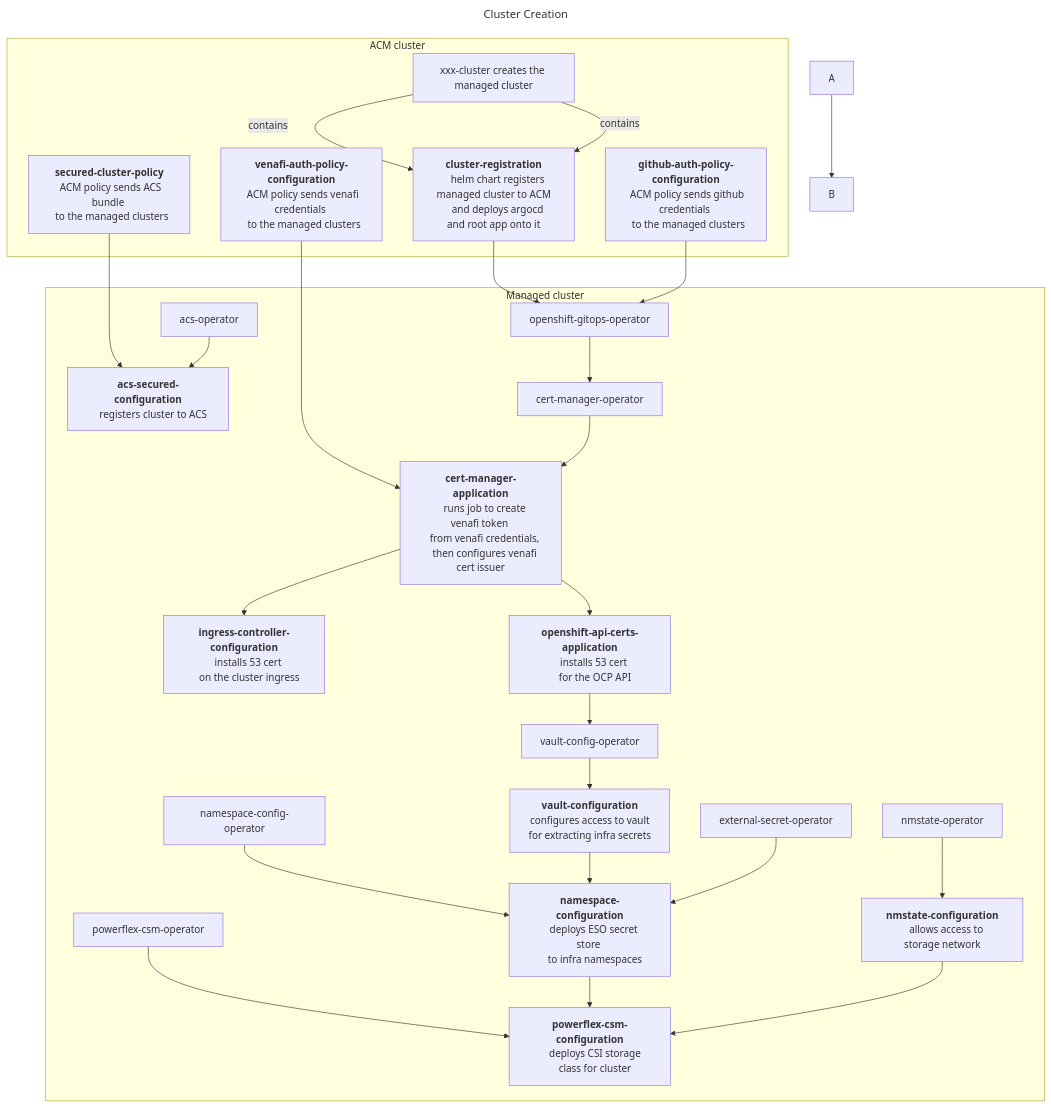
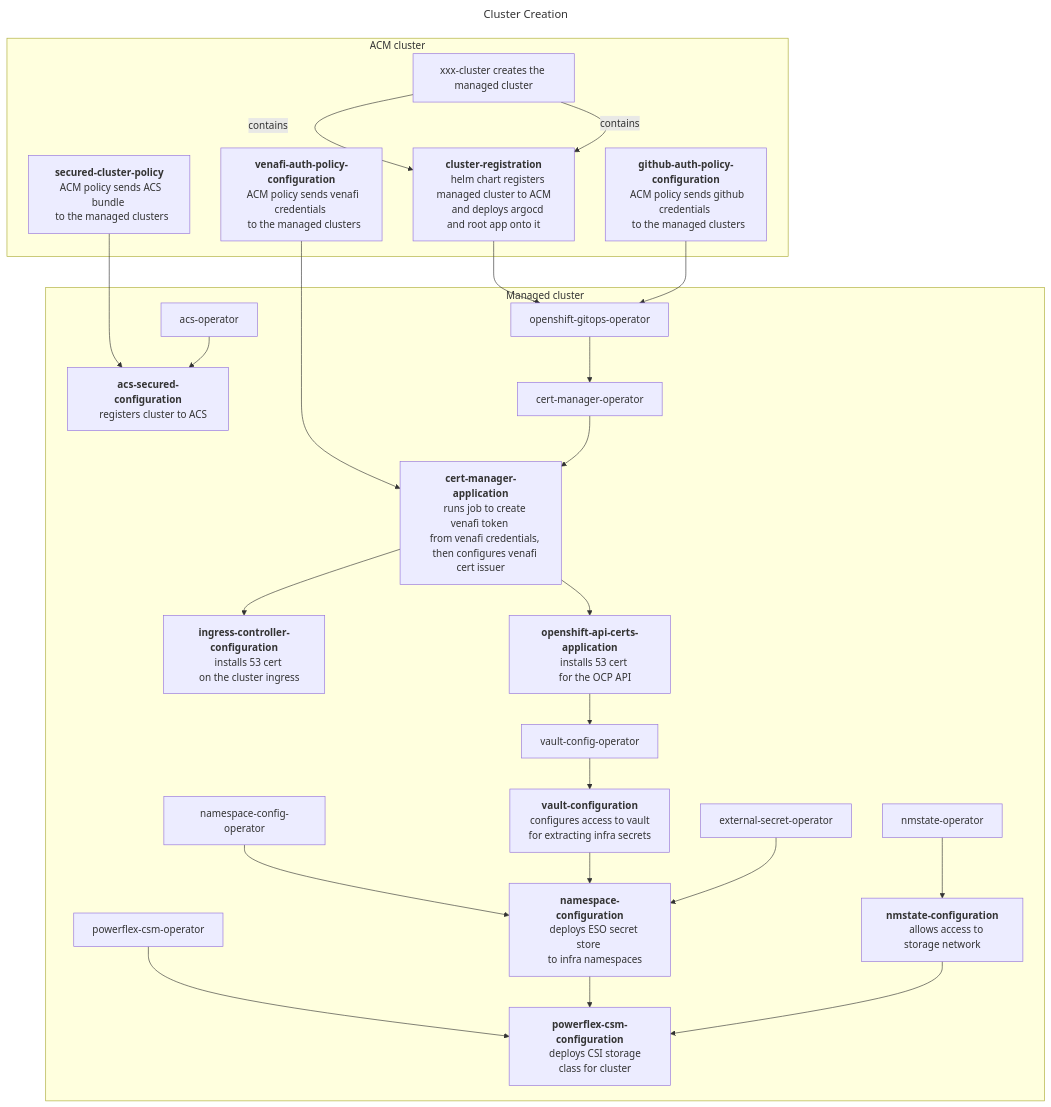
Before and after one commit to mmwillingham/acm: the diagram in test-mermaid/test-mermaid.build.md, drawn with Mermaid.

Commit message:
This is a good one but I will try to add bolding to main items

````diff
--- a/test-mermaid/test-mermaid.build.md
+++ b/test-mermaid/test-mermaid.build.md
@@ -2,59 +2,58 @@
 ```mermaid
 ---
 title: Cluster Creation
 ---
 flowchart TD
-A --> B
 venafi-auth-policy-configuration --> cert-manager-application
 cluster-registration --> openshift-gitops-operator
 github-auth-policy-configuration --> openshift-gitops-operator
 secured-cluster-policy --> acs-secured-configuration
 subgraph ACM cluster
 xxx-cluster["xxx-cluster creates the managed cluster"] -- contains --> cluster-registration["<b>cluster-registration</b>
   helm chart registers managed cluster to ACM
   and deploys argocd and root app onto it"]
 venafi-auth-policy-configuration["<b>venafi-auth-policy-configuration</b>
   ACM policy sends venafi credentials 
   to the managed clusters"]
 github-auth-policy-configuration["<b>github-auth-policy-configuration</b>
   ACM policy sends github credentials 
   to the managed clusters"]
 secured-cluster-policy["<b>secured-cluster-policy</b>
   ACM policy sends ACS bundle 
   to the managed clusters"]
 end
 subgraph Managed cluster
 xxx-cluster["xxx-cluster creates the managed cluster"] -- contains --> cluster-registration["<b>cluster-registration</b>
     helm chart registers managed cluster to ACM
     and deploys argocd and root app onto it"]
 openshift-gitops-operator --> cert-manager-operator
 cert-manager-operator --> cert-manager-application["<b>cert-manager-application</b>
     runs job to create venafi token 
     from venafi credentials, 
     then configures venafi cert issuer"]
 cert-manager-application --> ingress-controller-configuration["<b>ingress-controller-configuration</b>
     installs 53 cert 
     on the cluster ingress"]
 cert-manager-application --> openshift-api-certs-application["<b>openshift-api-certs-application</b>
     installs 53 cert 
     for the OCP API"]    
 openshift-api-certs-application --> vault-config-operator
 vault-config-operator --> vault-configuration["<b>vault-configuration</b>
     configures access to vault 
     for extracting infra secrets"]
 nmstate-operator --> nmstate-configuration["<b>nmstate-configuration</b>
     allows access to storage network"]
 namespace-config-operator --> namespace-configuration["<b>namespace-configuration</b>
     deploys ESO secret store 
     to infra namespaces"]
 vault-configuration --> namespace-configuration
 external-secret-operator --> namespace-configuration
 powerflex-csm-operator --> powerflex-csm-configuration["<b>powerflex-csm-configuration</b>
     deploys CSI storage
     class for cluster"]
 namespace-configuration --> powerflex-csm-configuration
 nmstate-configuration --> powerflex-csm-configuration
 acs-operator --> acs-secured-configuration["<b>acs-secured-configuration</b>
     registers cluster to ACS"]    
 end
 ```
````
